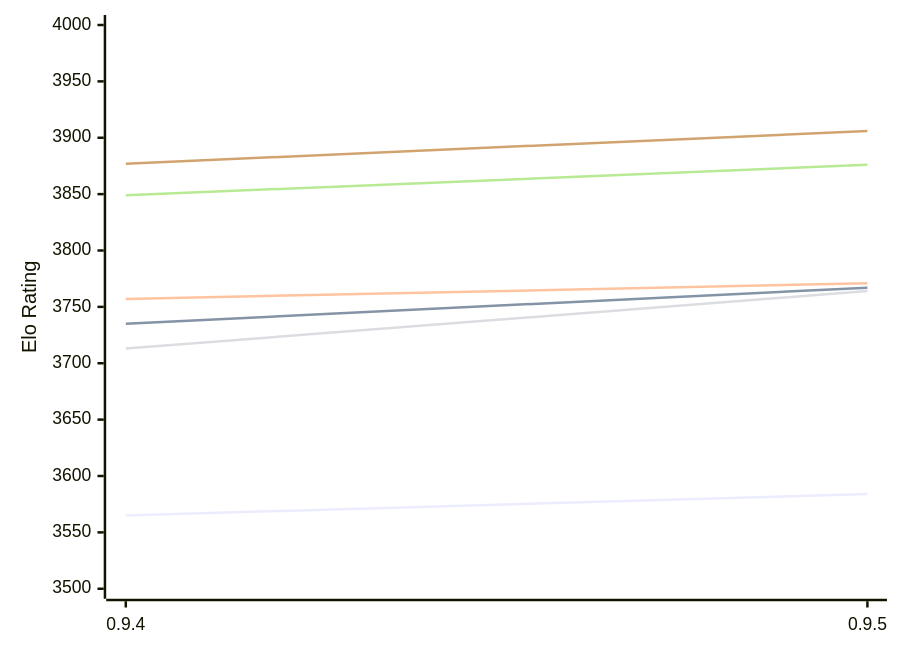
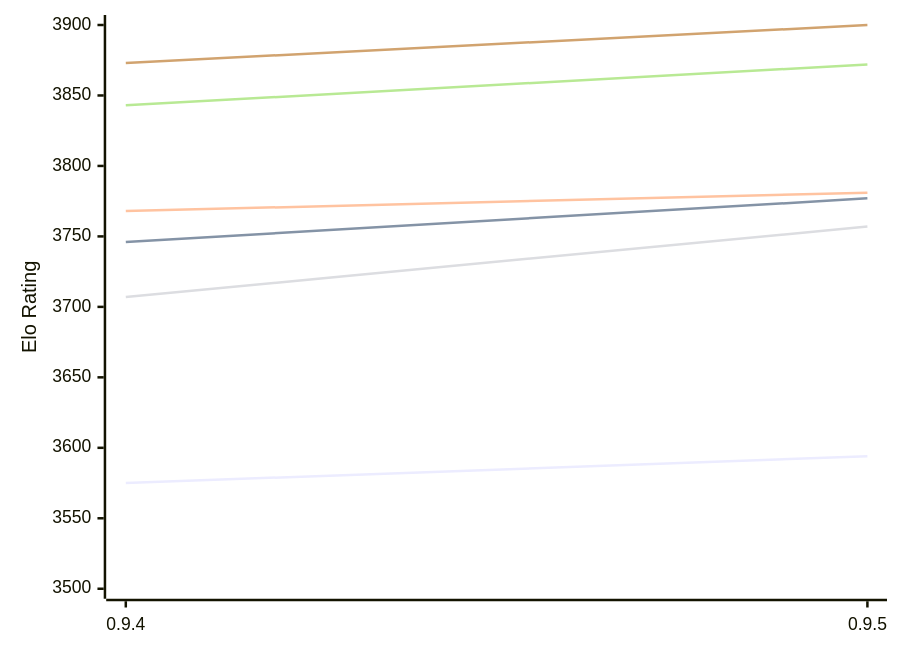
The first of 2 diagrams in engines/Coda.md (computer-chess-index/cci), drawn with Mermaid before and after one commit. The commit also changed other lines of this file, not shown here.

Commit message:
Update CCI Ratings (ELO VLTC) - 2026-11-06

````diff
--- a/engines/Coda.md
+++ b/engines/Coda.md
@@ -52,12 +52,12 @@
 ```mermaid
 %%{init: {"theme":"base","themeVariables":{"seriesColors:['#a3a3a3','#222221','#faa371']}}}%%
 xychart-beta
   x-axis ["0.9.4", "0.9.5"]
-  y-axis "Elo Rating" 3500 --> 4000
-  line "E1: STC (8.0+0.08s)" [3565, 3584]
-  line "E1: LTC (60.0+0.60s)" [3735, 3767]
-  line "E1: VLTC (2m24s+1.12s)" [3757, 3771]
-  line "P1: STC (8.0+0.08s)" [3713, 3764]
-  line "P1: LTC (60.0+0.60s)" [3849, 3876]
-  line "P1: VLTC (2m24s+1.12s)" [3877, 3906]
+  y-axis "Elo Rating" 3500 --> 3900
+  line "E1: STC (8.0+0.08s)" [3575, 3594]
+  line "E1: LTC (60.0+0.60s)" [3746, 3777]
+  line "E1: VLTC (2m24s+1.12s)" [3768, 3781]
+  line "P1: STC (8.0+0.08s)" [3707, 3757]
+  line "P1: LTC (60.0+0.60s)" [3843, 3872]
+  line "P1: VLTC (2m24s+1.12s)" [3873, 3900]
 ```
````
